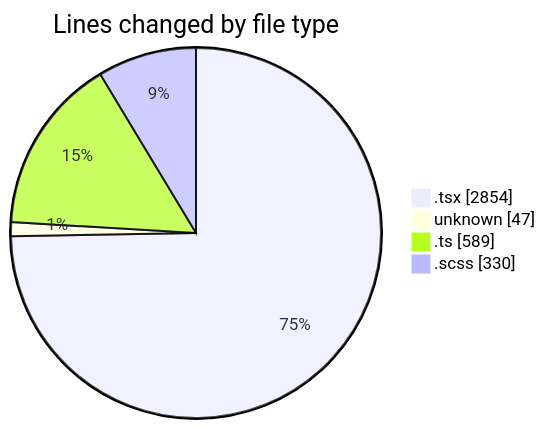
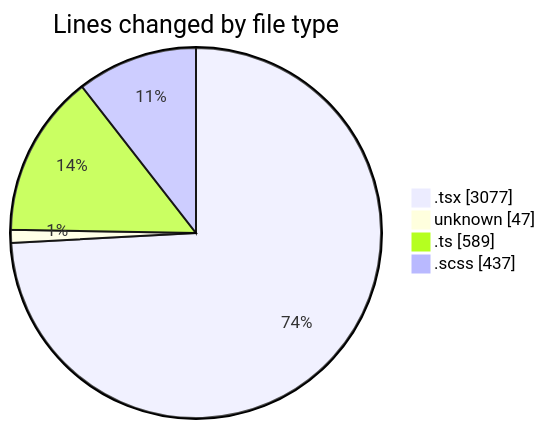
The first of 2 diagrams in 2025-09-18/cda/README.md (momahboobian/code-tracking), drawn with Mermaid before and after one commit. The commit also changed other lines of this file and 1 other file, not shown here.

````diff
--- a/2025-09-18/cda/README.md
+++ b/2025-09-18/cda/README.md
@@ -28,8 +28,8 @@
 ```mermaid
 pie showData
 title Lines changed by file type
-".tsx" : 2854
+".tsx" : 3077
 "unknown" : 47
 ".ts" : 589
-".scss" : 330
+".scss" : 437
 ```
````
